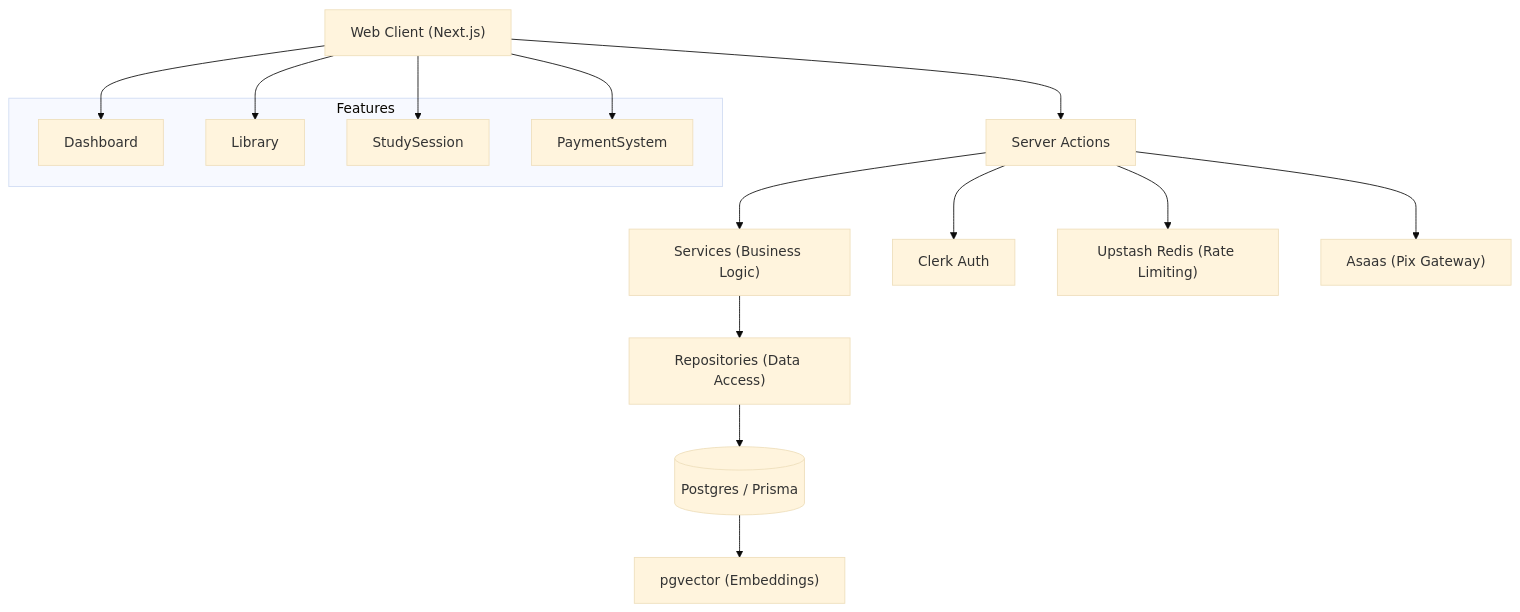
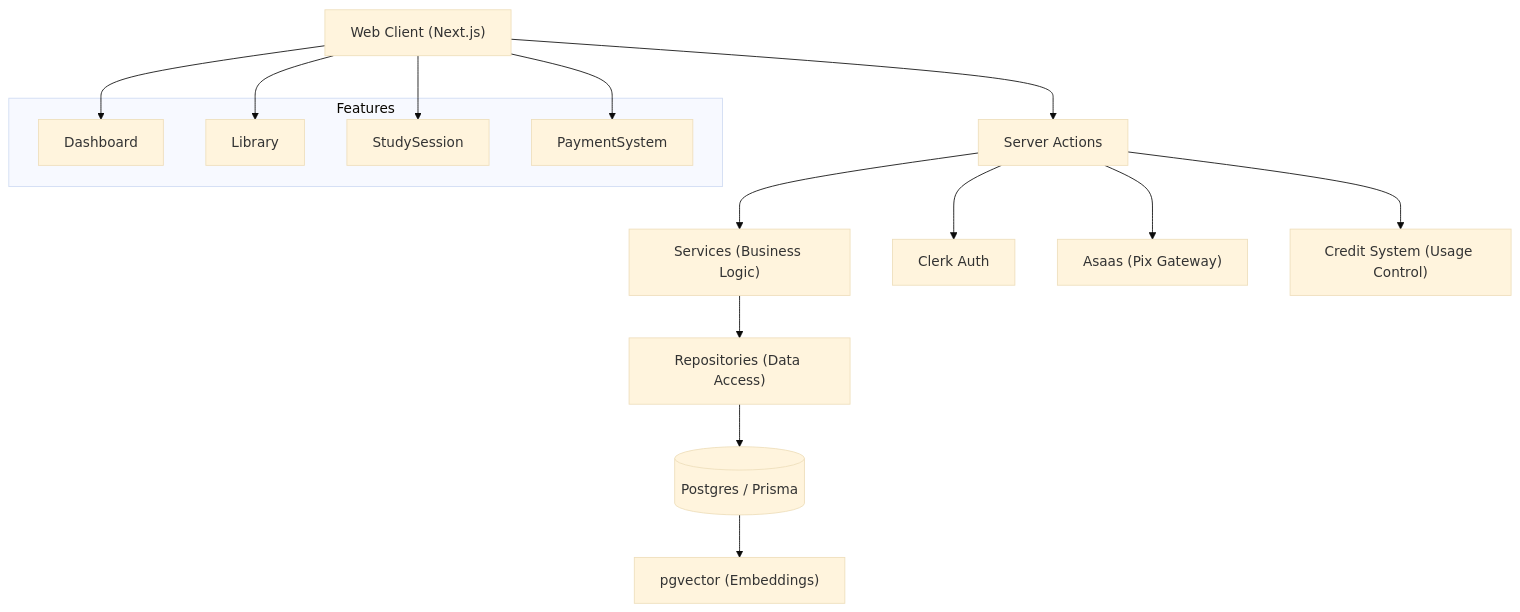
The first of 3 diagrams in docs/ARCHITECTURE.md (HenryXV/study-platform), drawn with Mermaid (base theme) before and after one commit. The commit also changed other lines of this file and 1 other file, not shown here.

````diff
--- a/docs/ARCHITECTURE.md
+++ b/docs/ARCHITECTURE.md
@@ -7,24 +7,24 @@
 ```mermaid
 graph TB
     Client["Web Client (Next.js)"] --> API["Server Actions"]
     API --> Service["Services (Business Logic)"]
     Service --> Repo["Repositories (Data Access)"]
     Repo --> DB[("Postgres / Prisma")]
     DB --> Vector["pgvector (Embeddings)"]
     
     API --> Auth["Clerk Auth"]
-    API --> Cache["Upstash Redis (Rate Limiting)"]
     API --> Payment["Asaas (Pix Gateway)"]
+    API --> Credits["Credit System (Usage Control)"]
     
     subgraph "Features"
         Dashboard
         Library
         StudySession
         PaymentSystem
     end
     
     Client --> Dashboard
     Client --> Library
     Client --> StudySession
     Client --> PaymentSystem
 ```
````
